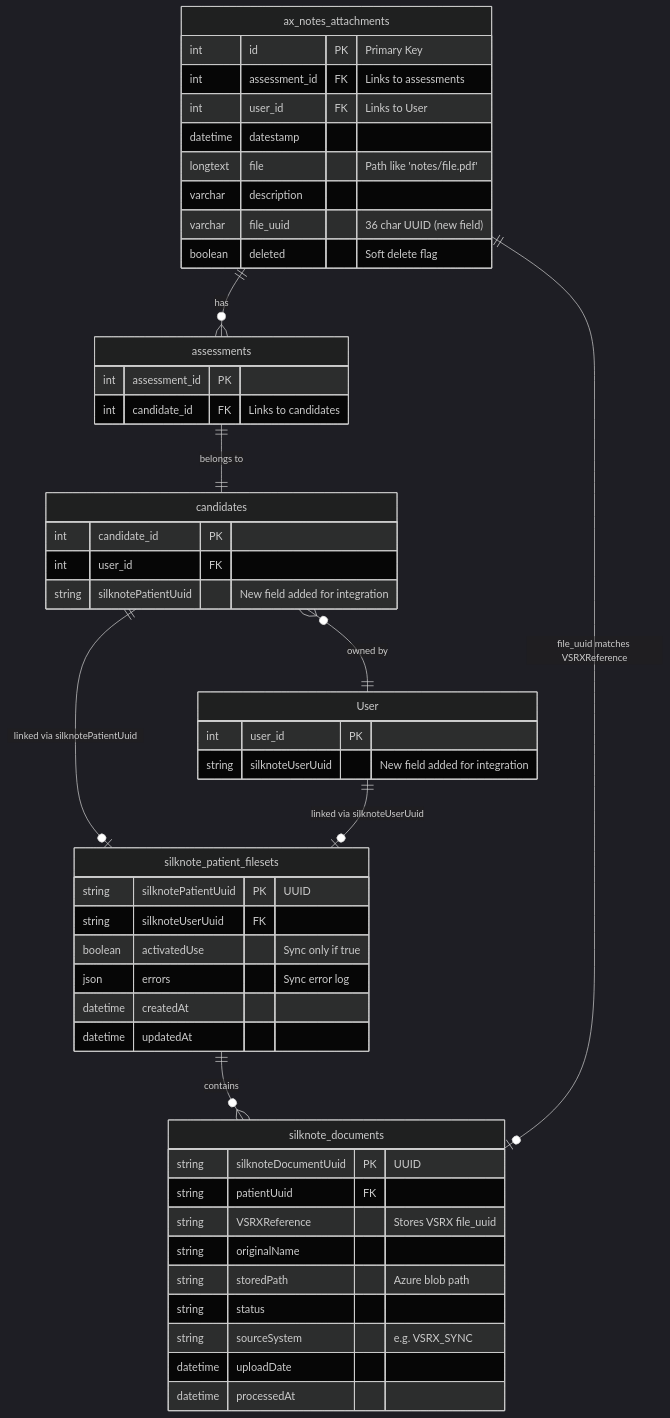
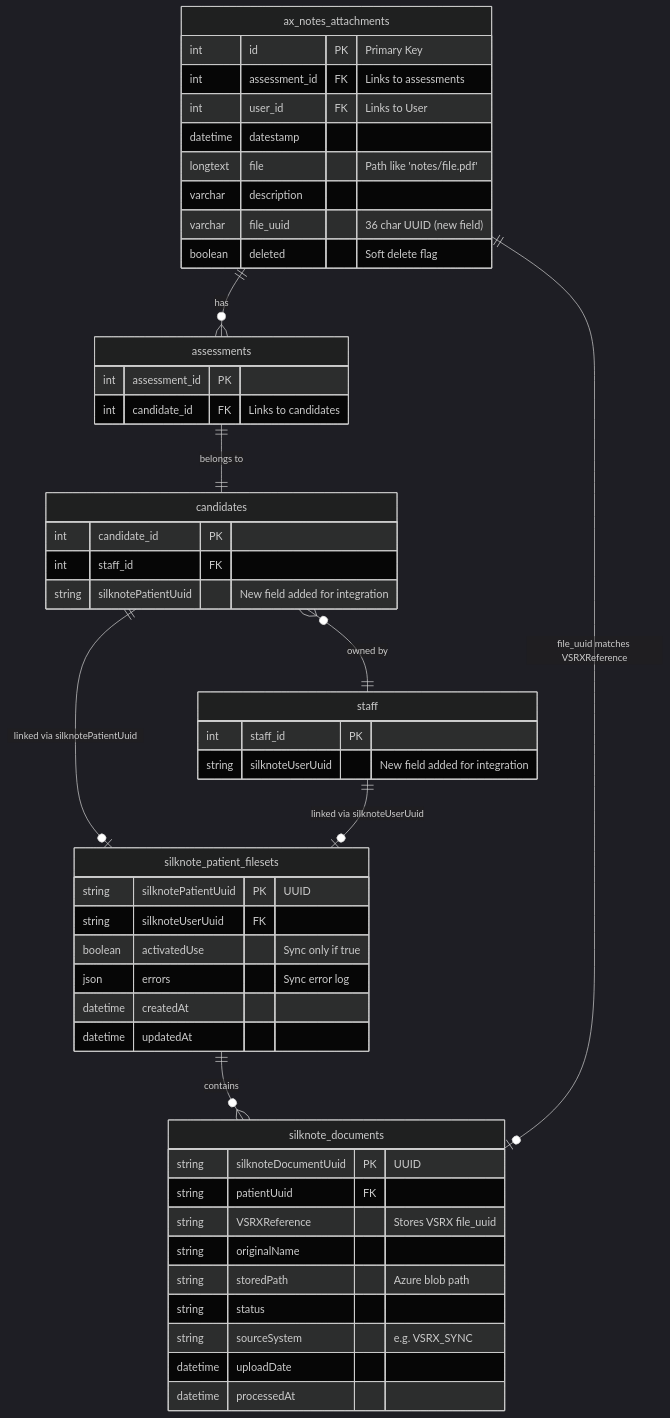
Before and after one commit to Joe-at-RAR/beam_app_heroku: the first of 4 diagrams in VSRX-integration/file_diagram.md, drawn with Mermaid (dark theme). The commit also changed other lines of this file and 17 other files, not shown here.

First line of the commit message:
Refactor database schema and integration logic for staff and candidates

````diff
--- a/VSRX-integration/file_diagram.md
+++ b/VSRX-integration/file_diagram.md
@@ -11,63 +11,63 @@
 ```mermaid
 erDiagram
     %% All tables exist in the same VSRX MySQL Database
     
     %% Original VSRX Tables
     ax_notes_attachments {
         int id PK "Primary Key"
         int assessment_id FK "Links to assessments"
         int user_id FK "Links to User"
         datetime datestamp
         longtext file "Path like 'notes/file.pdf'"
         varchar description
         varchar file_uuid "36 char UUID (new field)"
         boolean deleted "Soft delete flag"
     }
     
     assessments {
         int assessment_id PK
         int candidate_id FK "Links to candidates"
     }
     
     candidates {
         int candidate_id PK
-        int user_id FK
+        int staff_id FK
         string silknotePatientUuid "New field added for integration"
     }
     
-    User {
-        int user_id PK
+    staff {
+        int staff_id PK
         string silknoteUserUuid "New field added for integration"
     }
     
     %% SilknoteDocAnalysis Tables (added to VSRX MySQL)
     silknote_patient_filesets {
         string silknotePatientUuid PK "UUID"
         string silknoteUserUuid FK
         boolean activatedUse "Sync only if true"
         json errors "Sync error log"
         datetime createdAt
         datetime updatedAt
     }
     
     silknote_documents {
         string silknoteDocumentUuid PK "UUID"
         string patientUuid FK
         string VSRXReference "Stores VSRX file_uuid"
         string originalName
         string storedPath "Azure blob path"
         string status
         string sourceSystem "e.g. VSRX_SYNC"
         datetime uploadDate
         datetime processedAt
     }
     
     %% Relationships within the same database
     ax_notes_attachments ||--o{ assessments : "has"
     assessments ||--|| candidates : "belongs to"
-    candidates }o--|| User : "owned by"
+    candidates }o--|| staff : "owned by"
     candidates ||--o| silknote_patient_filesets : "linked via silknotePatientUuid"
-    User ||--o| silknote_patient_filesets : "linked via silknoteUserUuid"
+    staff ||--o| silknote_patient_filesets : "linked via silknoteUserUuid"
     silknote_patient_filesets ||--o{ silknote_documents : "contains"
     ax_notes_attachments ||--o| silknote_documents : "file_uuid matches VSRXReference"
 ```
````
